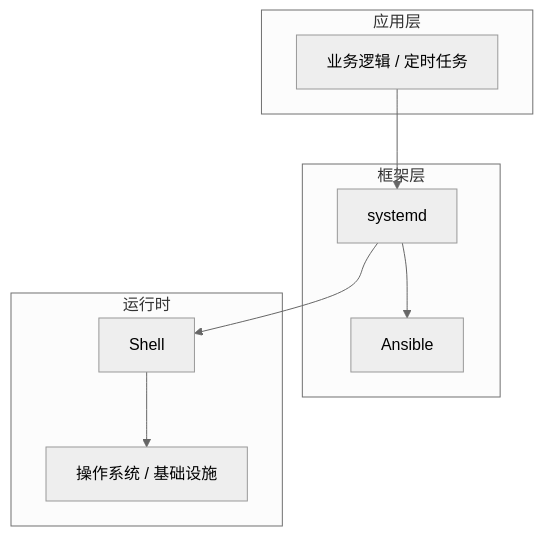
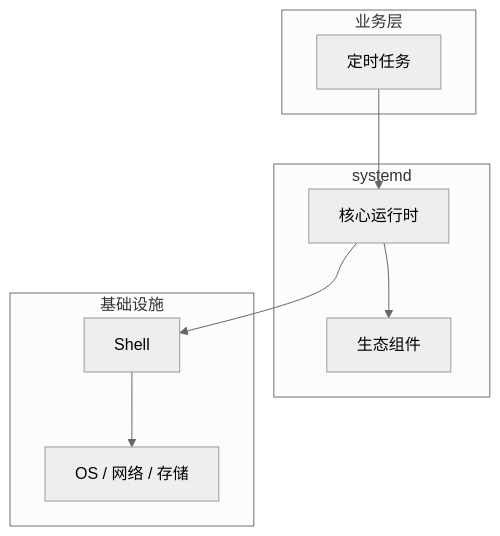
Before and after one commit to yanggan2015/knowledge-json-v2: the diagram in articles/Linux运维/chapters/067-定时任务核心概念与原理.md, drawn with Mermaid (neutral theme). The commit also changed other lines of this file and 10127 other files, not shown here.

````diff
--- a/articles/Linux运维/chapters/067-定时任务核心概念与原理.md
+++ b/articles/Linux运维/chapters/067-定时任务核心概念与原理.md
@@ -45,18 +34,18 @@
 ```mermaid
 graph TB
-    subgraph 应用层
-        A[业务逻辑 / 定时任务]
+    subgraph 业务层
+        A[定时任务]
     end
-    subgraph 框架层
-        B[systemd]
-        C[Ansible]
+    subgraph systemd
+        B[核心运行时]
+        C[生态组件]
     end
-    subgraph 运行时
+    subgraph 基础设施
         D[Shell]
-        E[操作系统 / 基础设施]
+        E[OS / 网络 / 存储]
     end
     A --> B
     B --> C
     B --> D
     D --> E
 ```
````
